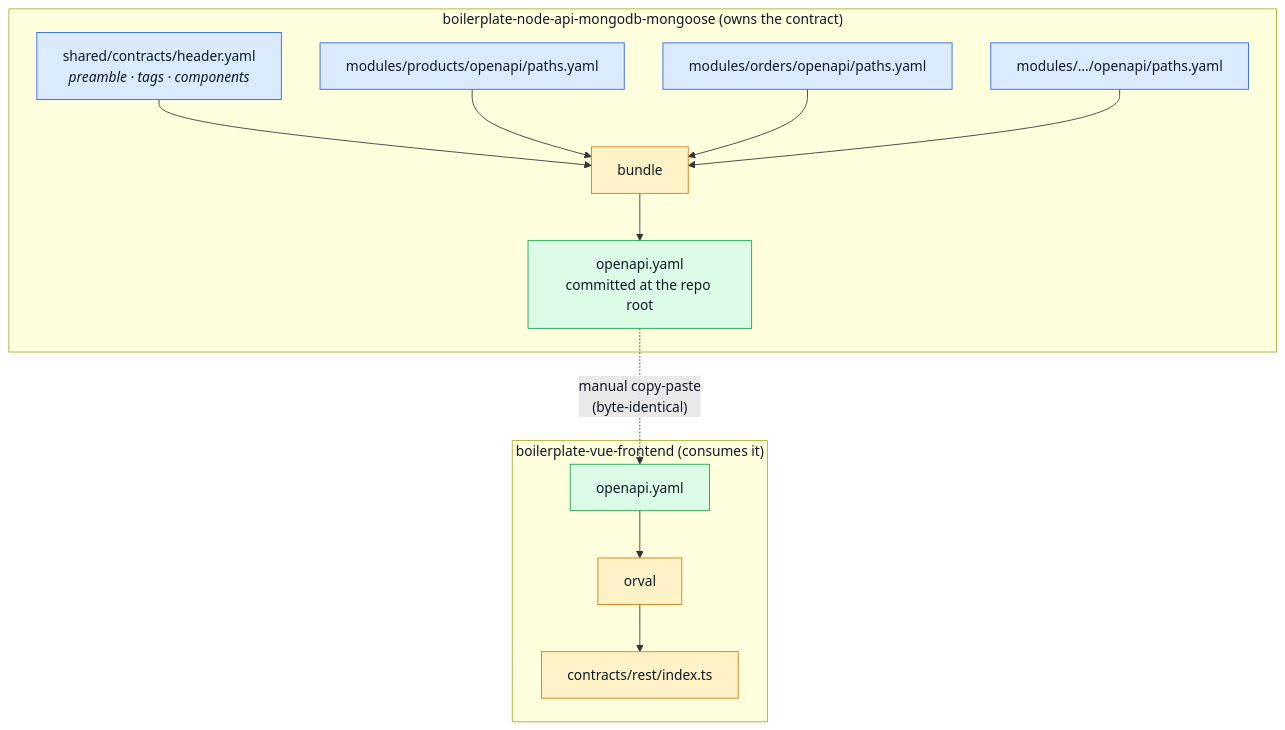
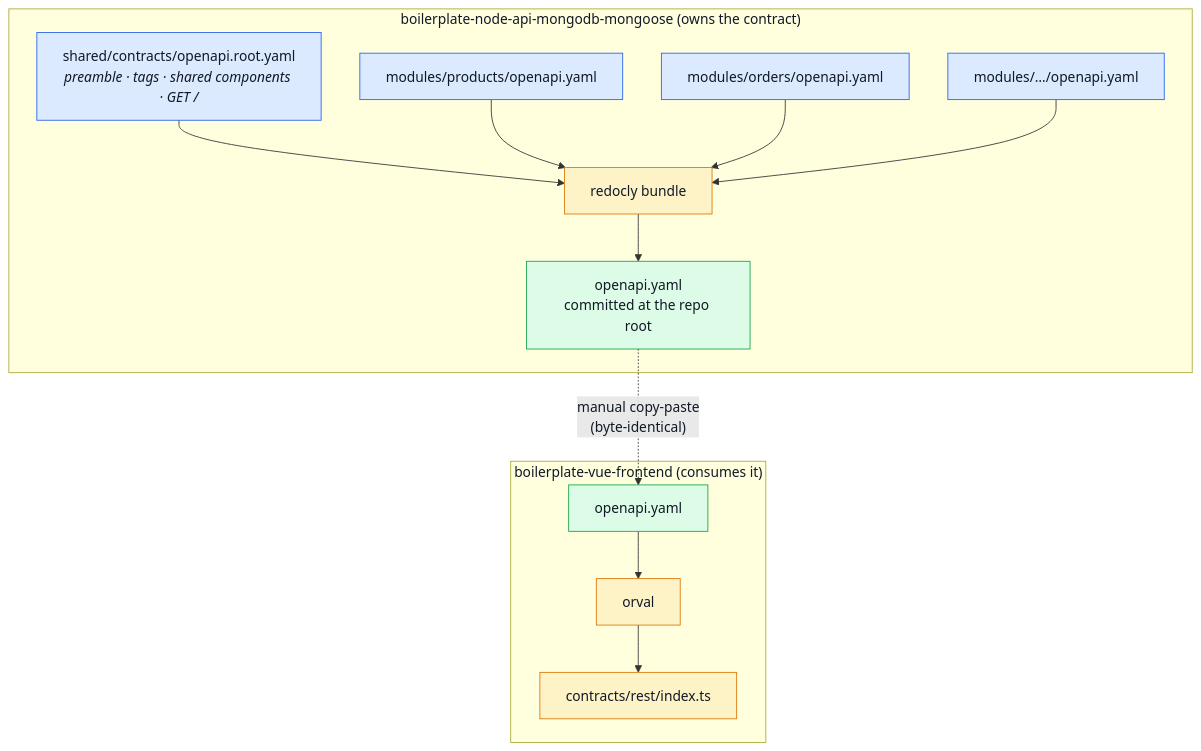
The diagram in docs/api/contract-fragmentation.md (Guebbit/boilerplate-node-backend), drawn with Mermaid before and after one commit. The commit also changed other lines of this file and 272 other files, not shown here.

````diff
--- a/docs/api/contract-fragmentation.md
+++ b/docs/api/contract-fragmentation.md
@@ -55,24 +56,24 @@
 ```mermaid
 %%{init: {'flowchart': {'nodeSpacing': 45, 'rankSpacing': 55}}}%%
 flowchart TD
     subgraph BE["boilerplate-node-api-mongodb-mongoose  (owns the contract)"]
-        H["shared/contracts/header.yaml<br/><i>preamble · tags · components</i>"] --> B[bundle]
-        F1["modules/products/openapi/paths.yaml"] --> B
-        F2["modules/orders/openapi/paths.yaml"] --> B
-        F3["modules/…/openapi/paths.yaml"] --> B
+        H["shared/contracts/openapi.root.yaml<br/><i>preamble · tags · shared components · GET /</i>"] --> B["redocly bundle"]
+        F1["modules/products/openapi.yaml"] --> B
+        F2["modules/orders/openapi.yaml"] --> B
+        F3["modules/…/openapi.yaml"] --> B
         B --> ROOT["openapi.yaml<br/>committed at the repo root"]
     end
 
     ROOT -.->|"manual copy-paste<br/>(byte-identical)"| FEROOT
 
     subgraph FE["boilerplate-vue-frontend  (consumes it)"]
         FEROOT["openapi.yaml"] --> ORVAL[orval] --> CLIENT["contracts/rest/index.ts"]
     end
 
     classDef frag fill:#dbeafe,stroke:#2563eb,color:#111827;
     classDef root fill:#dcfce7,stroke:#16a34a,color:#111827;
     classDef tool fill:#fef3c7,stroke:#d97706,color:#111827;
     class H,F1,F2,F3 frag;
     class ROOT,FEROOT root;
     class B,ORVAL,CLIENT tool;
 ```
````
